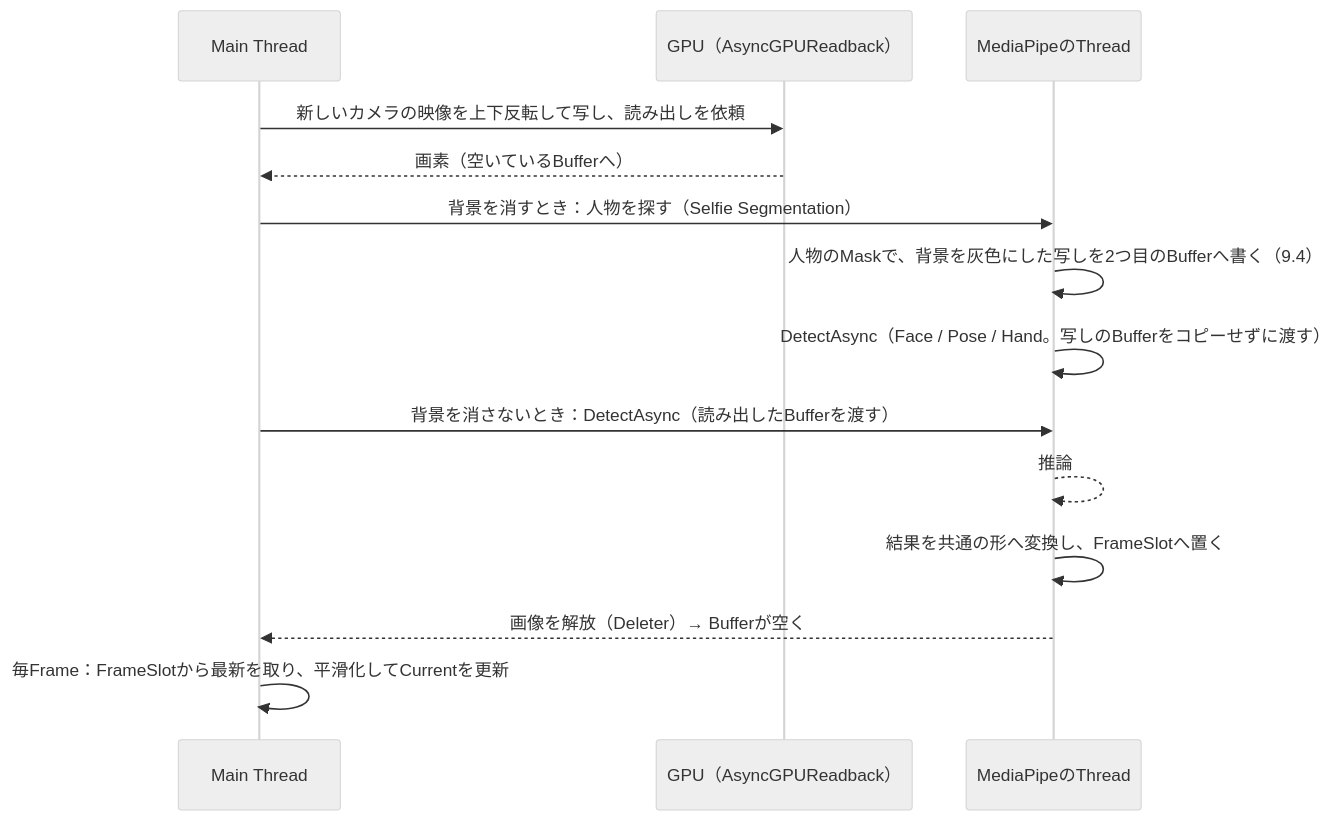
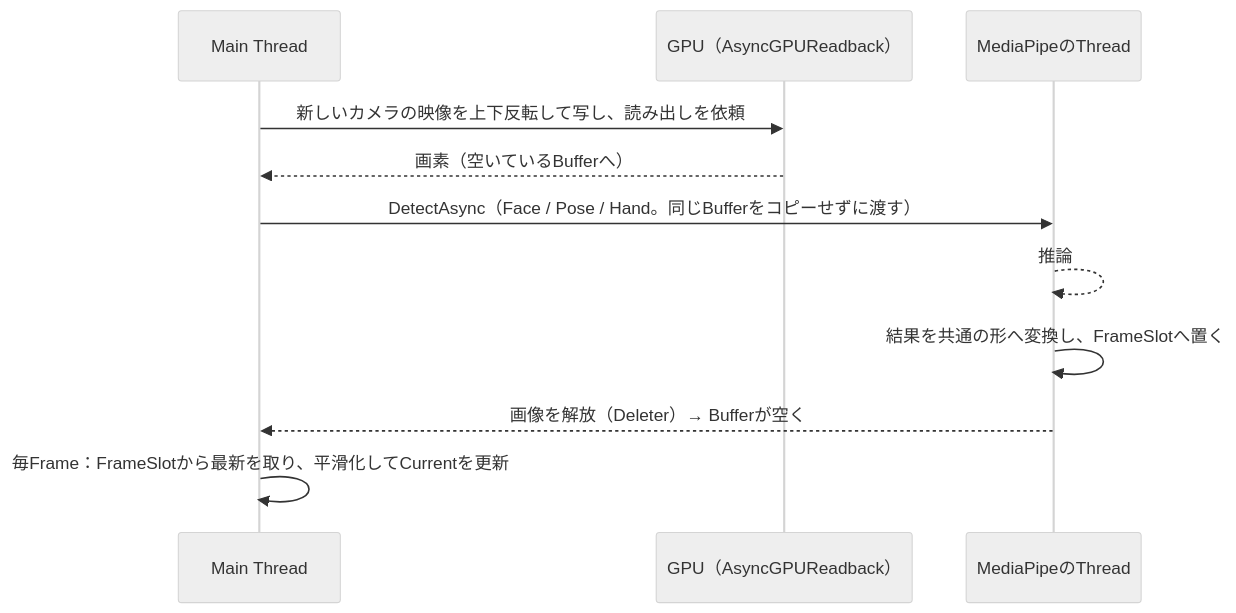
One commit to Yupopyoi/virtual-vessel-studio changed the second of 2 diagrams in docs/ja/detailed-design/tracking.md. Above: the diagram before and after it, drawn with Mermaid (neutral theme). The commit also changed other lines of this file and 22 other files, not shown here.

````diff
--- a/docs/ja/detailed-design/tracking.md
+++ b/docs/ja/detailed-design/tracking.md
@@ -376,17 +375,14 @@
 ```mermaid
 sequenceDiagram
     participant Main as Main Thread
     participant GPU as GPU（AsyncGPUReadback）
     participant MP as MediaPipeのThread
 
     Main->>GPU: 新しいカメラの映像を上下反転して写し、読み出しを依頼
     GPU-->>Main: 画素（空いているBufferへ）
-    Main->>MP: 背景を消すとき：人物を探す（Selfie Segmentation）
-    MP->>MP: 人物のMaskで、背景を灰色にした写しを2つ目のBufferへ書く（9.4）
-    MP->>MP: DetectAsync（Face / Pose / Hand。写しのBufferをコピーせずに渡す）
-    Main->>MP: 背景を消さないとき：DetectAsync（読み出したBufferを渡す）
+    Main->>MP: DetectAsync（Face / Pose / Hand。同じBufferをコピーせずに渡す）
     MP-->>MP: 推論
     MP->>MP: 結果を共通の形へ変換し、FrameSlotへ置く
     MP-->>Main: 画像を解放（Deleter）→ Bufferが空く
     Main->>Main: 毎Frame：FrameSlotから最新を取り、平滑化してCurrentを更新
 ```
````
